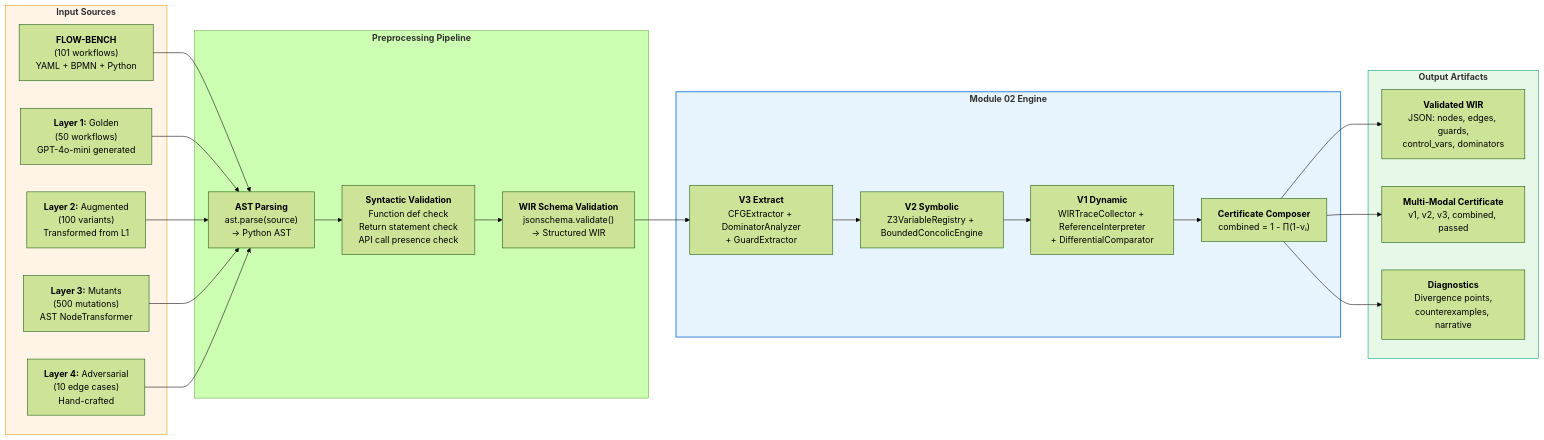
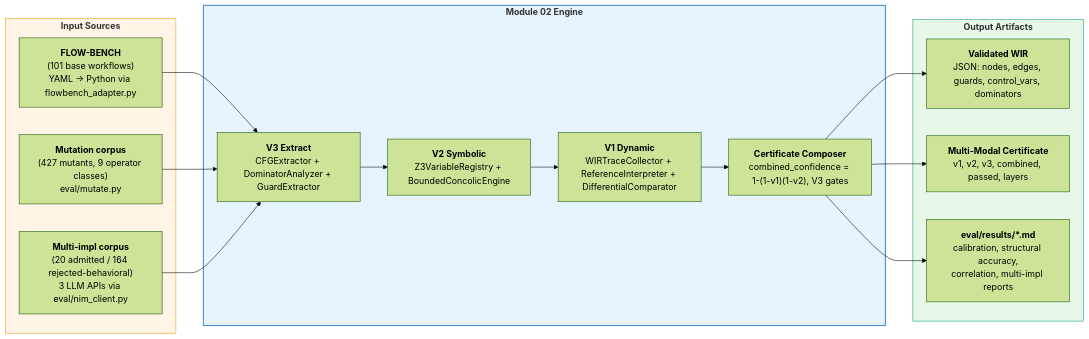
One commit to FYP-Epsilon/Vibe-Check changed the third of 3 diagrams in docs/module_summery/Module_02_Verified_IR_Extraction.md. Above: the diagram before and after it, drawn with Mermaid (forest theme). The commit also changed other lines of this file and 9 other files, not shown here.

````diff
--- a/docs/module_summery/Module_02_Verified_IR_Extraction.md
+++ b/docs/module_summery/Module_02_Verified_IR_Extraction.md
@@ -463,45 +466,34 @@
 ```mermaid
 flowchart LR
     subgraph Sources["<b>Input Sources</b>"]
-        FB["<b>FLOW-BENCH</b><br/>(101 workflows)<br/>YAML + BPMN + Python"]
-        L1["<b>Layer 1:</b> Golden<br/>(50 workflows)<br/>GPT-4o-mini generated"]
-        L2["<b>Layer 2:</b> Augmented<br/>(100 variants)<br/>Transformed from L1"]
-        L3["<b>Layer 3:</b> Mutants<br/>(500 mutations)<br/>AST NodeTransformer"]
-        L4["<b>Layer 4:</b> Adversarial<br/>(10 edge cases)<br/>Hand-crafted"]
-    end
-
-    subgraph Preprocessing["<b>Preprocessing Pipeline</b>"]
-        PARSE["<b>AST Parsing</b><br/>ast.parse(source)<br/>→ Python AST"]
-        VALIDATE["<b>Syntactic Validation</b><br/>Function def check<br/>Return statement check<br/>API call presence check"]
-        SCHEMA["<b>WIR Schema Validation</b><br/>jsonschema.validate()<br/>→ Structured WIR"]
+        FB["<b>FLOW-BENCH</b><br/>(101 base workflows)<br/>YAML → Python via flowbench_adapter.py"]
+        MUT["<b>Mutation corpus</b><br/>(427 mutants, 9 operator classes)<br/>eval/mutate.py"]
+        NIM["<b>Multi-impl corpus</b><br/>(20 admitted / 164 rejected-behavioral)<br/>3 LLM APIs via eval/nim_client.py"]
     end
 
     subgraph Module02_Engine["<b>Module 02 Engine</b>"]
-        V3_P["<b>V3 Extract</b><br/>CFGExtractor + DominatorAnalyzer<br/>+ GuardExtractor"]
+        V3_P["<b>V3 Extract</b><br/>CFGExtractor + DominatorAnalyzer + GuardExtractor"]
         V2_P["<b>V2 Symbolic</b><br/>Z3VariableRegistry + BoundedConcolicEngine"]
-        V1_P["<b>V1 Dynamic</b><br/>WIRTraceCollector + ReferenceInterpreter<br/>+ DifferentialComparator"]
-        COMP_P["<b>Certificate Composer</b><br/>combined = 1 - ∏(1-vᵢ)"]
+        V1_P["<b>V1 Dynamic</b><br/>WIRTraceCollector + ReferenceInterpreter + DifferentialComparator"]
+        COMP_P["<b>Certificate Composer</b><br/>combined_confidence = 1-(1-v1)(1-v2), V3 gates"]
     end
 
     subgraph Output["<b>Output Artifacts</b>"]
-        WIR["<b>Validated WIR</b><br/>JSON: nodes, edges, guards,<br/>control_vars, dominators"]
-        CERT["<b>Multi-Modal Certificate</b><br/>v1, v2, v3, combined, passed"]
-        DIAG["<b>Diagnostics</b><br/>Divergence points,<br/>counterexamples, narrative"]
+        WIR["<b>Validated WIR</b><br/>JSON: nodes, edges, guards, control_vars, dominators"]
+        CERT["<b>Multi-Modal Certificate</b><br/>v1, v2, v3, combined, passed, layers"]
+        REPORTS["<b>eval/results/*.md</b><br/>calibration, structural accuracy,<br/>correlation, multi-impl reports"]
     end
 
-    FB --> PARSE
-    L1 --> PARSE
-    L2 --> PARSE
-    L3 --> PARSE
-    L4 --> PARSE
-    
-    PARSE --> VALIDATE --> SCHEMA
-    SCHEMA --> V3_P --> V2_P --> V1_P --> COMP_P
+    FB --> V3_P
+    MUT --> V3_P
+    NIM --> V3_P
+
+    V3_P --> V2_P --> V1_P --> COMP_P
     COMP_P --> WIR
     COMP_P --> CERT
-    COMP_P --> DIAG
+    COMP_P --> REPORTS
 
     style Module02_Engine fill:#E8F4FD,stroke:#4A90D9,stroke-width:2px
     style Sources fill:#FFF4E6,stroke:#E69F00,stroke-width:1px
     style Output fill:#E8F8E8,stroke:#009E73,stroke-width:1px
 ```
````
